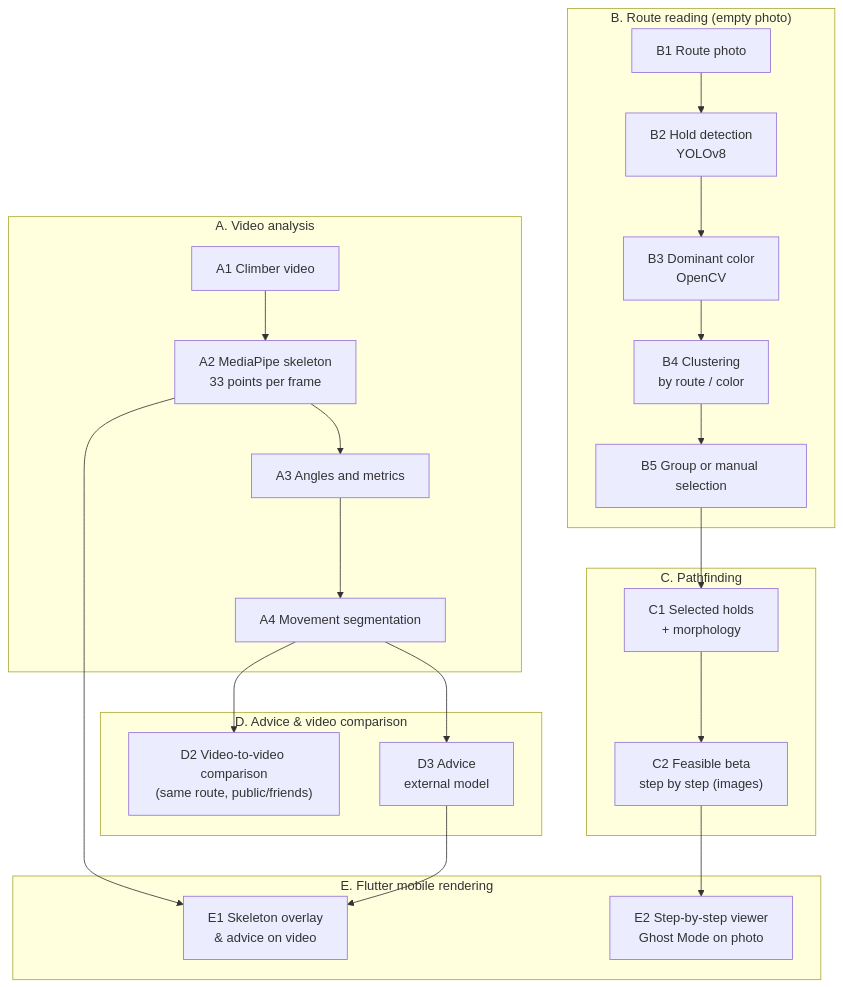
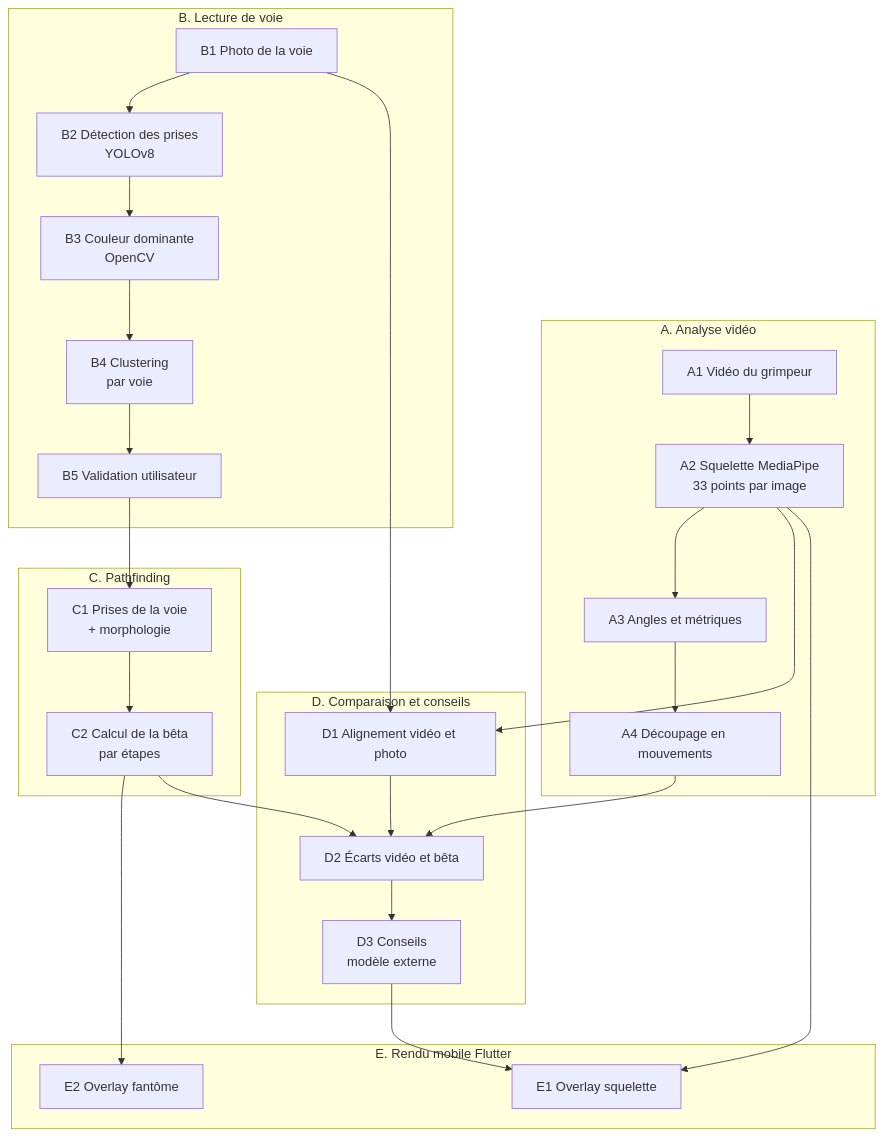
Before and after one commit to Ascension-EIP/Ascension: the first of 2 diagrams in docs/Ascension/developer/apps/ai/pipeline-2d-decomposition.md, drawn with Mermaid. The commit also changed other lines of this file, not shown here.

````diff
--- a/docs/Ascension/developer/apps/ai/pipeline-2d-decomposition.md
+++ b/docs/Ascension/developer/apps/ai/pipeline-2d-decomposition.md
@@ -37,36 +37,38 @@
 ```mermaid
 flowchart TD
-    subgraph A ["A. Video analysis"]
-        A1["A1 Climber video"] --> A2["A2 MediaPipe skeleton\n33 points per frame"]
-        A2 --> A3["A3 Angles and metrics"]
-        A3 --> A4["A4 Movement segmentation"]
+    subgraph A ["A. Analyse vidéo"]
+        A1["A1 Vidéo du grimpeur"] --> A2["A2 Squelette MediaPipe\n33 points par image"]
+        A2 --> A3["A3 Angles et métriques"]
+        A3 --> A4["A4 Découpage en mouvements"]
     end
 
-    subgraph D ["D. Advice & video comparison"]
-        D2["D2 Video-to-video comparison\n(same route, public/friends)"]
-        D3["D3 Advice\nexternal model"]
-    end
-
-    subgraph B ["B. Route reading (empty photo)"]
-        B1["B1 Route photo"] --> B2["B2 Hold detection\nYOLOv8"]
-        B2 --> B3["B3 Dominant color\nOpenCV"]
-        B3 --> B4["B4 Clustering\nby route / color"]
-        B4 --> B5["B5 Group or manual selection"]
+    subgraph B ["B. Lecture de voie"]
+        B1["B1 Photo de la voie"] --> B2["B2 Détection des prises\nYOLOv8"]
+        B2 --> B3["B3 Couleur dominante\nOpenCV"]
+        B3 --> B4["B4 Clustering\npar voie"]
+        B4 --> B5["B5 Validation utilisateur"]
     end
 
     subgraph C ["C. Pathfinding"]
-        C1["C1 Selected holds\n+ morphology"] --> C2["C2 Feasible beta\nstep by step (images)"]
+        C1["C1 Prises de la voie\n+ morphologie"] --> C2["C2 Calcul de la bêta\npar étapes"]
     end
 
-    subgraph E ["E. Flutter mobile rendering"]
-        E1["E1 Skeleton overlay\n& advice on video"]
-        E2["E2 Step-by-step viewer\nGhost Mode on photo"]
+    subgraph D ["D. Comparaison et conseils"]
+        D1["D1 Alignement vidéo et photo"] --> D2["D2 Écarts vidéo et bêta"]
+        D2 --> D3["D3 Conseils\nmodèle externe"]
     end
 
-    A4 --> D3
+    subgraph E ["E. Rendu mobile Flutter"]
+        E1["E1 Overlay squelette"]
+        E2["E2 Overlay fantôme"]
+    end
+
+    B5 --> C1
+    C2 --> E2
+    C2 --> D2
     A4 --> D2
+    A2 --> D1
+    B1 --> D1
     A2 --> E1
     D3 --> E1
-    B5 --> C1
-    C2 --> E2
 ```
````
